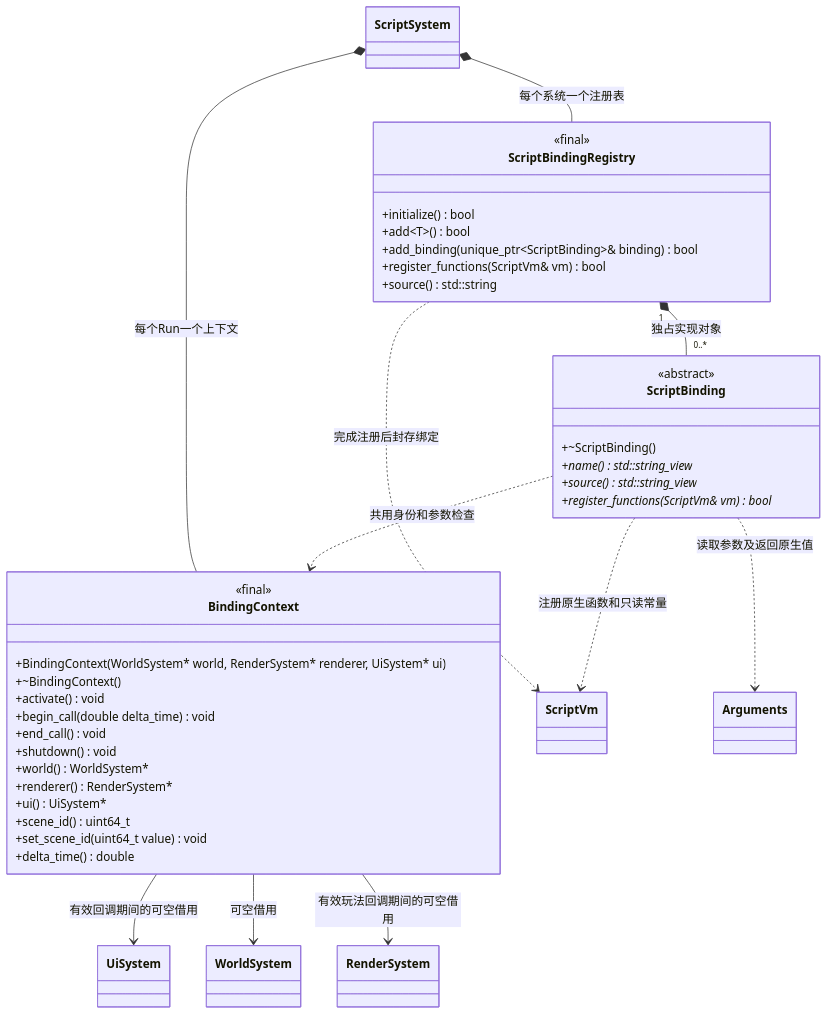
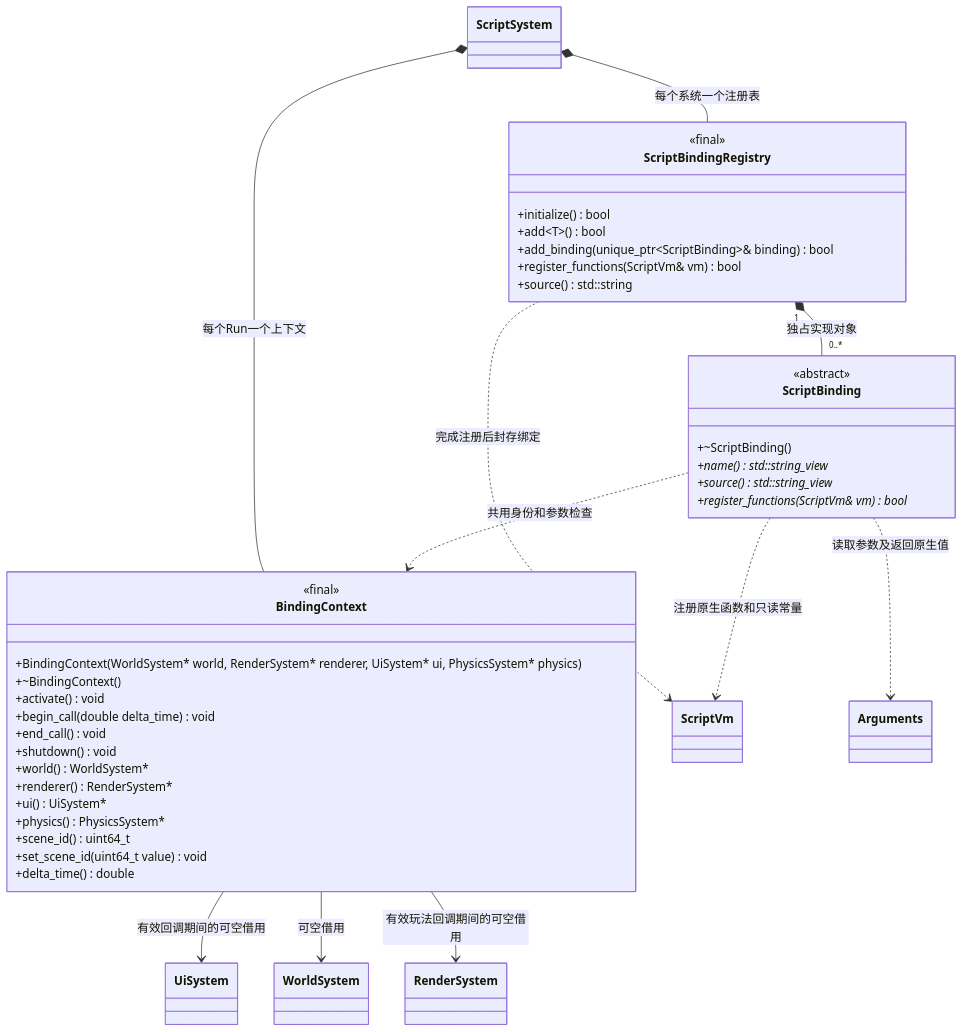
One commit to lcals/Engine changed the first of 5 diagrams in docs/plugins/runtime/class-diagrams/script-bindings.md. Above: the diagram before and after it, drawn with Mermaid. The commit also changed other lines of this file and 85 other files, not shown here.

````diff
--- a/docs/plugins/runtime/class-diagrams/script-bindings.md
+++ b/docs/plugins/runtime/class-diagrams/script-bindings.md
@@ -9,50 +9,51 @@
 ```mermaid
 classDiagram
     direction TB
     class ScriptBinding {
         <<abstract>>
         +~ScriptBinding()
         +name() std::string_view*
         +source() std::string_view*
         +register_functions(ScriptVm& vm) bool*
     }
     class ScriptBindingRegistry {
         <<final>>
         +initialize() bool
         +add~T~() bool
         +add_binding(unique_ptr~ScriptBinding~& binding) bool
         +register_functions(ScriptVm& vm) bool
         +source() std::string
     }
     class BindingContext {
         <<final>>
-        +BindingContext(WorldSystem#42; world, RenderSystem#42; renderer, UiSystem#42; ui)
+        +BindingContext(WorldSystem#42; world, RenderSystem#42; renderer, UiSystem#42; ui, PhysicsSystem#42; physics)
         +~BindingContext()
         +activate() void
         +begin_call(double delta_time) void
         +end_call() void
         +shutdown() void
         +world() WorldSystem#42;
         +renderer() RenderSystem#42;
         +ui() UiSystem#42;
+        +physics() PhysicsSystem#42;
         +scene_id() uint64_t
         +set_scene_id(uint64_t value) void
         +delta_time() double
     }
     class ScriptVm
     class Arguments
     class ScriptSystem
     class WorldSystem
     class RenderSystem
     class UiSystem
     ScriptBindingRegistry "1" *-- "0..*" ScriptBinding : 独占实现对象
     ScriptBinding ..> ScriptVm : 注册原生函数和只读常量
     ScriptBinding ..> Arguments : 读取参数及返回原生值
     ScriptBinding ..> BindingContext : 共用身份和参数检查
     ScriptBindingRegistry ..> ScriptVm : 完成注册后封存绑定
     ScriptSystem *-- ScriptBindingRegistry : 每个系统一个注册表
     ScriptSystem *-- BindingContext : 每个Run一个上下文
     BindingContext --> UiSystem : 有效回调期间的可空借用
     BindingContext --> WorldSystem : 可空借用
     BindingContext --> RenderSystem : 有效玩法回调期间的可空借用
 ```
````
